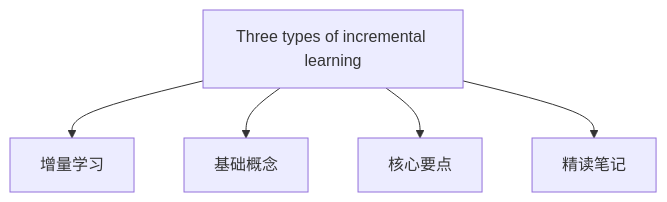
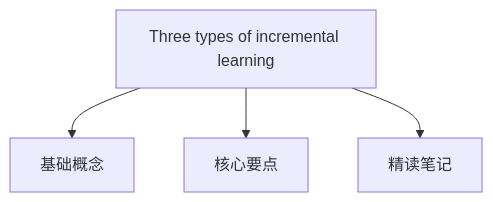
One commit to RenaissanceT/Continual_Learning_for_Time_Series_Survey_and_Evaluation changed the diagram in Article Analysis/2. Three scenarios for continual learning.md. Above: the diagram before and after it, drawn with Mermaid.

Commit message:
Update 2. Three scenarios for continual learning.md

````diff
--- a/Article Analysis/2. Three scenarios for continual learning.md
+++ b/Article Analysis/2. Three scenarios for continual learning.md
@@ -7,7 +7,6 @@
 ```mermaid
 graph TD
-    A[Three types of incremental learning] --> B[增量学习]
-    A --> C[基础概念]
+    A[Three types of incremental learning] --> C[基础概念]
     A --> D[核心要点]
     A --> E[精读笔记]
 ```
````
